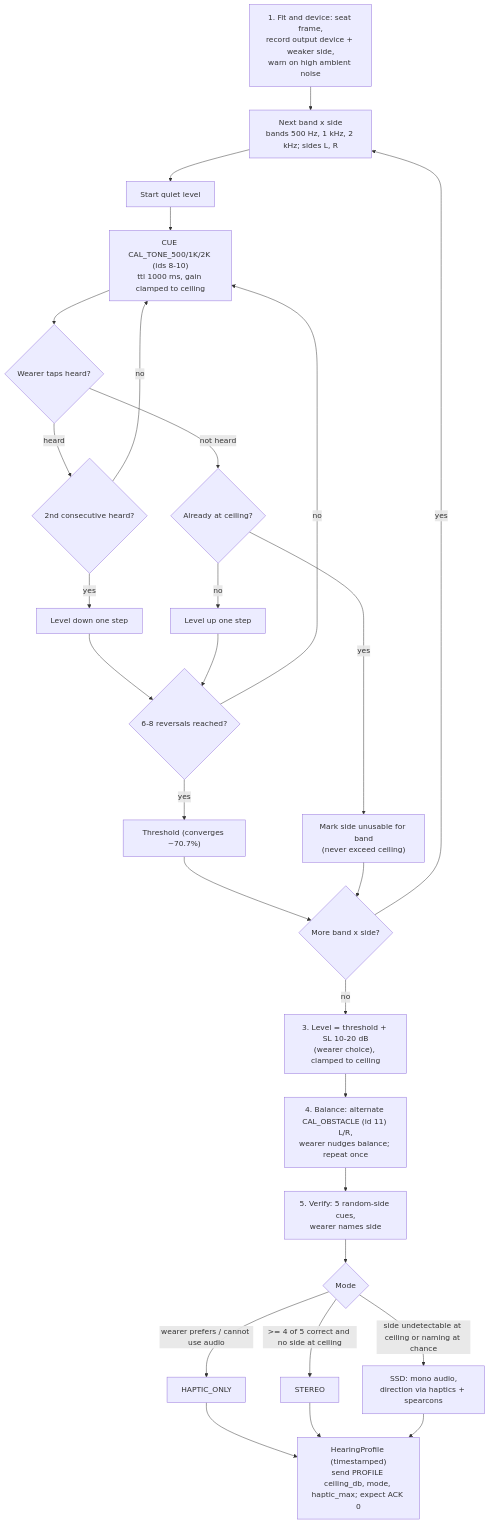
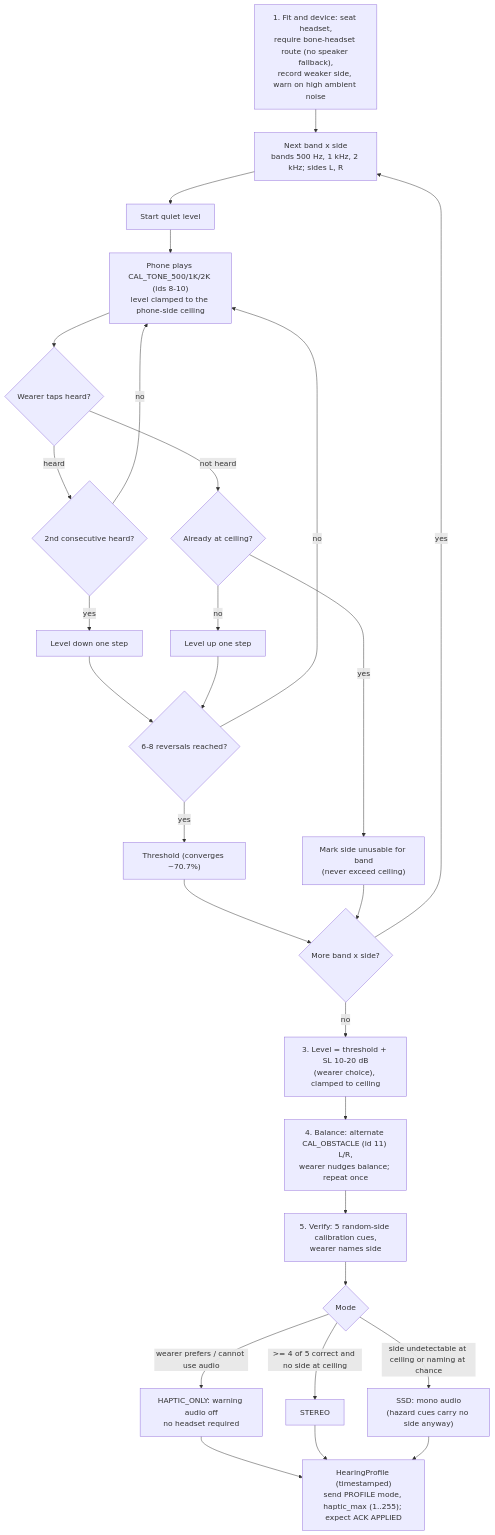
The seventh of 9 diagrams in docs/flows/software.md (nunera/Determine), drawn with Mermaid before and after one commit. The commit also changed other lines of this file and 159 other files, not shown here.

````diff
--- a/docs/flows/software.md
+++ b/docs/flows/software.md
@@ -171,30 +175,30 @@
 ```mermaid
 flowchart TD
-  FIT["1. Fit and device: seat frame,<br/>record output device + weaker side,<br/>warn on high ambient noise"] --> SEL["Next band x side<br/>bands 500 Hz, 1 kHz, 2 kHz; sides L, R"]
+  FIT["1. Fit and device: seat headset,<br/>require bone-headset route (no speaker fallback),<br/>record weaker side, warn on high ambient noise"] --> SEL["Next band x side<br/>bands 500 Hz, 1 kHz, 2 kHz; sides L, R"]
   SEL --> START["Start quiet level"]
-  START --> PLAY["CUE CAL_TONE_500/1K/2K (ids 8-10)<br/>ttl 1000 ms, gain clamped to ceiling"]
+  START --> PLAY["Phone plays CAL_TONE_500/1K/2K (ids 8-10)<br/>level clamped to the phone-side ceiling"]
   PLAY --> ANS{"Wearer taps heard?"}
   ANS -- "heard" --> TWO{"2nd consecutive heard?"}
   TWO -- yes --> DOWN["Level down one step"]
   TWO -- no --> PLAY
   ANS -- "not heard" --> UP{"Already at ceiling?"}
   UP -- yes --> UNUSE["Mark side unusable for band<br/>(never exceed ceiling)"]
   UP -- no --> UPS["Level up one step"]
   DOWN --> REV{"6-8 reversals reached?"}
   UPS --> REV
   REV -- no --> PLAY
   REV -- yes --> THR["Threshold (converges ~70.7%)"]
   THR --> MORE{"More band x side?"}
   UNUSE --> MORE
   MORE -- yes --> SEL
   MORE -- no --> LVL["3. Level = threshold + SL 10-20 dB<br/>(wearer choice), clamped to ceiling"]
   LVL --> BAL["4. Balance: alternate CAL_OBSTACLE (id 11) L/R,<br/>wearer nudges balance; repeat once"]
-  BAL --> VER["5. Verify: 5 random-side cues,<br/>wearer names side"]
+  BAL --> VER["5. Verify: 5 random-side calibration cues,<br/>wearer names side"]
   VER --> MODE{"Mode"}
-  MODE -- "wearer prefers / cannot use audio" --> HO["HAPTIC_ONLY"]
+  MODE -- "wearer prefers / cannot use audio" --> HO["HAPTIC_ONLY: warning audio off<br/>no headset required"]
   MODE -- ">= 4 of 5 correct and no side at ceiling" --> ST["STEREO"]
-  MODE -- "side undetectable at ceiling or naming at chance" --> SSD["SSD: mono audio,<br/>direction via haptics + spearcons"]
-  HO --> PROF["HearingProfile (timestamped)<br/>send PROFILE ceiling_db, mode, haptic_max; expect ACK 0"]
+  MODE -- "side undetectable at ceiling or naming at chance" --> SSD["SSD: mono audio<br/>(hazard cues carry no side anyway)"]
+  HO --> PROF["HearingProfile (timestamped)<br/>send PROFILE mode, haptic_max (1..255); expect ACK APPLIED"]
   ST --> PROF
   SSD --> PROF
 ```
````
